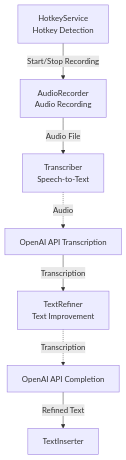
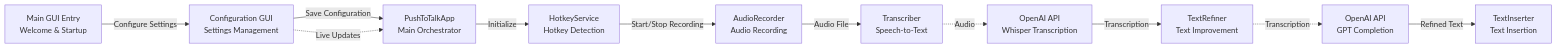
The diagram in README.md (yixin0829/push-to-talk), drawn with Mermaid before and after one commit. The commit also changed other lines of this file and 10 other files, not shown here.

````diff
--- a/README.md
+++ b/README.md
@@ -157,21 +239,34 @@
 ```mermaid
-graph TD
+graph LR
+    %% User Interface
+    GUI[Configuration GUI<br/>Settings Management]
+    MainGUI[Main GUI Entry<br/>Welcome & Startup]
+
     %% Core Components
     HotkeyService[HotkeyService<br/>Hotkey Detection]
     AudioRecorder[AudioRecorder<br/>Audio Recording]
     Transcriber[Transcriber<br/>Speech-to-Text]
     TextRefiner[TextRefiner<br/>Text Improvement]
-    TextInserter[TextInserter]
+    TextInserter[TextInserter<br/>Text Insertion]
+    PushToTalkApp[PushToTalkApp<br/>Main Orchestrator]
+
+    %% Configuration Flow
+    MainGUI -->|"Configure Settings"| GUI
+    GUI -->|"Save Configuration"| PushToTalkApp
 
     %% Main Flow
+    PushToTalkApp -->|"Initialize"| HotkeyService
     HotkeyService -->|"Start/Stop Recording"| AudioRecorder
     AudioRecorder -->|"Audio File"| Transcriber
 
-    %% External Service
-    OpenAITranscription[OpenAI API Transcription]
-    OpenAICompletion[OpenAI API Completion]
+    %% External Services
+    OpenAITranscription[OpenAI API<br/>Whisper Transcription]
+    OpenAICompletion[OpenAI API<br/>GPT Completion]
     Transcriber -.->|"Audio"| OpenAITranscription
     OpenAITranscription -->|"Transcription"| TextRefiner
     TextRefiner -.->|"Transcription"| OpenAICompletion
     OpenAICompletion -->|"Refined Text"| TextInserter
+
+    %% Dynamic Updates
+    GUI -.->|"Live Updates"| PushToTalkApp
 ```
````
